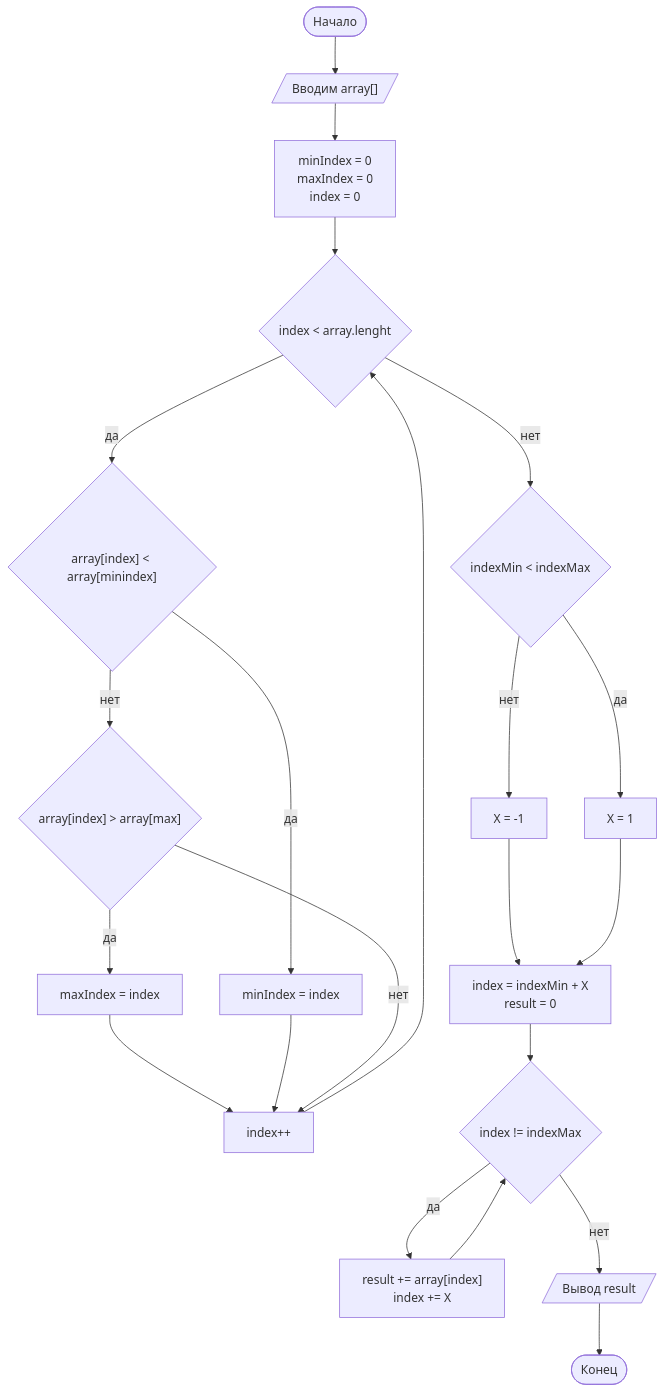
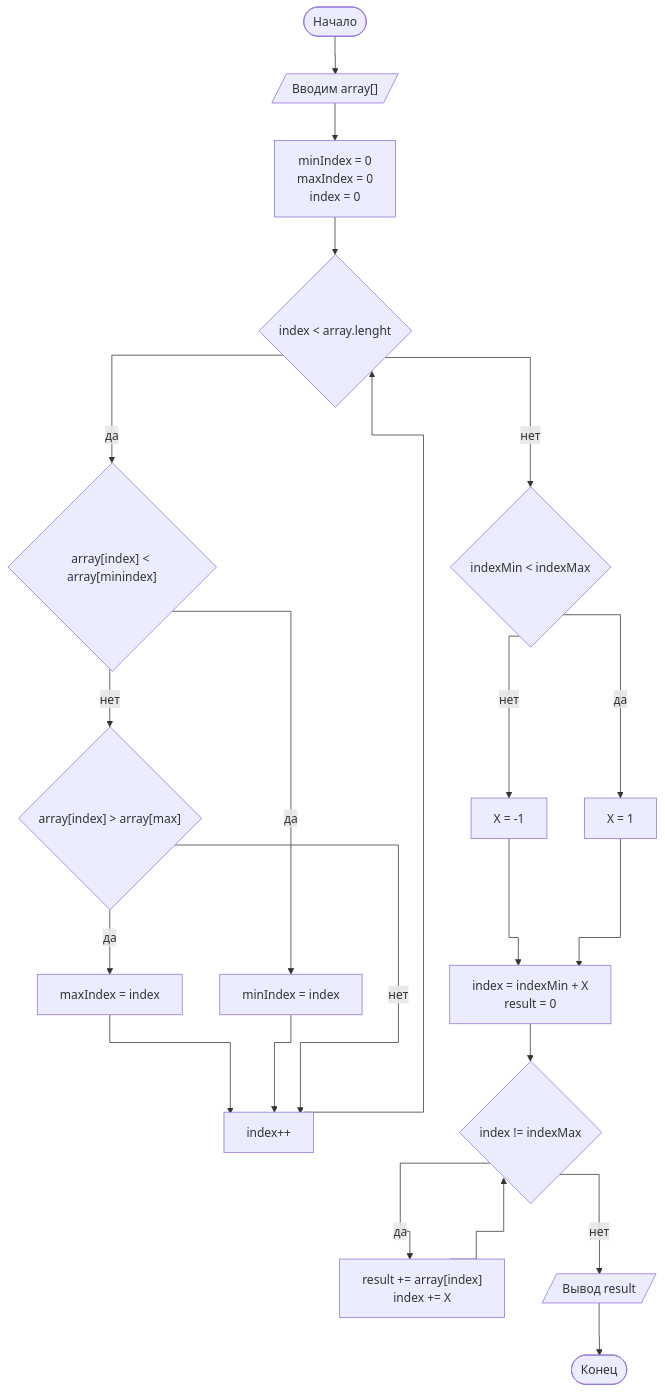
One commit to Ilippy/GB_git_tutorial changed the diagram in Markdown_instruction.md. Above: the diagram before and after it, drawn with Mermaid.

Commit message:
edit diagrames

````diff
--- a/Markdown_instruction.md
+++ b/Markdown_instruction.md
@@ -66,41 +66,42 @@
 ```mermaid
-graph TD;
+%%{ init: { 'flowchart': { 'curve': 'stepAfter' } } }%%
+flowchart TD;
     begin(["Начало"]) 
     b1[/"Вводим array[]"/]
     c1["minIndex = 0<br>maxIndex = 0<br>index = 0"]
     d1{"index < array.lenght"}
     d2{"array[index] < array[minindex]"}
     c2["minIndex = index"]
     d3{"array[index] > array[max]"}
     c3["maxIndex = index"]
     c4["index++"]
     d4{"indexMin < indexMax"}
     c5["X = -1"]
     c6["X = 1"]
     c7["index = indexMin + X<br>result = 0"]
     d5{"index != indexMax"}
     c8["result += array[index]<br>index += X"]
     b2[/"Вывод result"/]
     theEnd(["Конец"])
     begin --> b1
     b1--> c1
     c1 --> d1
     d1 -- да --> d2
     d2 -- да --> c2
     d2 -- нет --> d3
     d3 -- да -->c3
     c3 --> c4
     c2 --> c4
     d3 -- нет --> c4
     c4 --> d1
     d1 -- нет -->d4
     d4 -- нет -->c5
     d4 -- да -->c6
     c5 --> c7
     c6 --> c7
     c7 -->d5
     d5 -- да --> c8
     c8 -->d5
     d5 -- нет --> b2
     b2 --> theEnd
 ```
````
